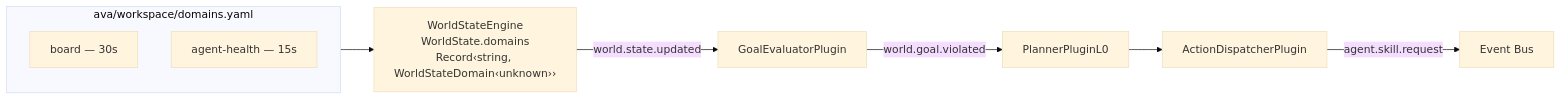
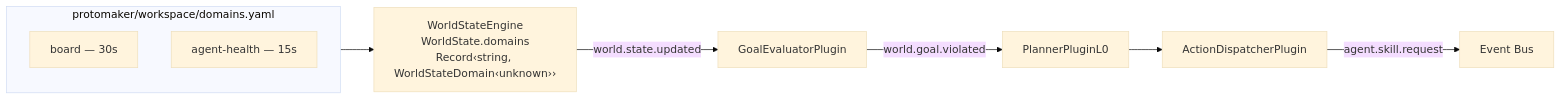
Before and after one commit to protoLabsAI/protoWorkstacean: the second of 2 diagrams in docs/explanation/architecture.md, drawn with Mermaid (base theme). The commit also changed other lines of this file and 122 other files, not shown here.

````diff
--- a/docs/explanation/architecture.md
+++ b/docs/explanation/architecture.md
@@ -139,13 +139,13 @@
 ```mermaid
 flowchart LR
-    subgraph Domains["ava/workspace/domains.yaml"]
+    subgraph Domains["protomaker/workspace/domains.yaml"]
         D1["board — 30s"]
         D2["agent-health — 15s"]
     end
 
     Domains --> WSE["WorldStateEngine\nWorldState.domains\nRecord‹string, WorldStateDomain‹unknown››"]
     WSE -- "world.state.updated" --> GEP["GoalEvaluatorPlugin"]
     GEP -- "world.goal.violated" --> PL0["PlannerPluginL0"]
     PL0 --> ADP["ActionDispatcherPlugin"]
     ADP -- "agent.skill.request" --> BUS["Event Bus"]
 ```
````
